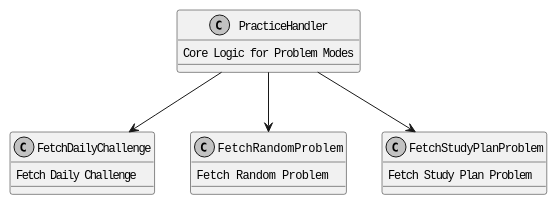
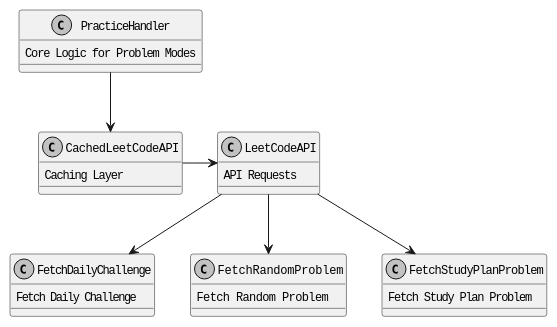
One commit to nicholasadamou/nicholasadamou.com changed the second of 4 diagrams in content/project/squidleet.mdx. Above: the diagram before and after it, drawn with PlantUML. The commit also changed other lines of this file, not shown here.

First line of the commit message:
Add caching layer for LeetCode API requests

````diff
--- a/content/project/squidleet.mdx
+++ b/content/project/squidleet.mdx
@@ -70,14 +72,18 @@
 ```plantuml
 @startuml
 skinparam monochrome true
 skinparam defaultFontName "Courier New"
 skinparam defaultFontSize 12
+CachedLeetCodeAPI : Caching Layer
+LeetCodeAPI : API Requests
 PracticeHandler : Core Logic for Problem Modes
 FetchDailyChallenge : Fetch Daily Challenge
 FetchRandomProblem : Fetch Random Problem
 FetchStudyPlanProblem : Fetch Study Plan Problem
-PracticeHandler --> FetchDailyChallenge
-PracticeHandler --> FetchRandomProblem
-PracticeHandler --> FetchStudyPlanProblem
+PracticeHandler --> CachedLeetCodeAPI
+CachedLeetCodeAPI -> LeetCodeAPI
+LeetCodeAPI --> FetchDailyChallenge
+LeetCodeAPI --> FetchRandomProblem
+LeetCodeAPI --> FetchStudyPlanProblem
 @enduml
 ```
````
